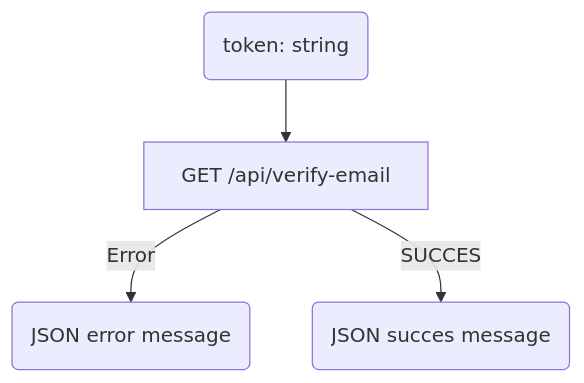
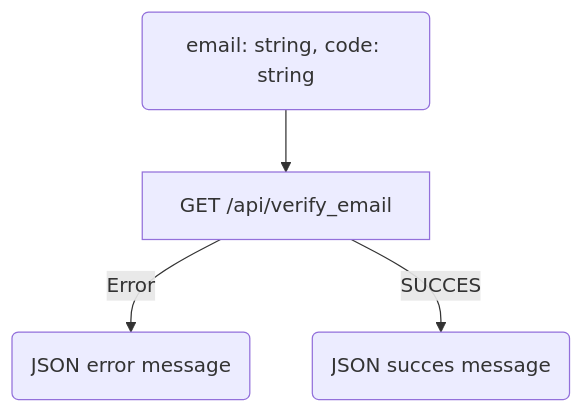
Before and after one commit to hauretax/Matcha_ultra_v2: the second of 6 diagrams in Readme.md, drawn with Mermaid. The commit also changed 9 other files, not shown here.

````diff
--- a/Readme.md
+++ b/Readme.md
@@ -17,7 +17,7 @@
 ```mermaid
 flowchart TD
-    A[GET /api/verify-email] 
+    A[GET /api/verify_email] 
     A-->|Error| B(JSON error message)
     A-->|SUCCES| C(JSON succes message)
-    D(token: string) -->A
+    D(email: string, code: string) -->A
 ``` 
````
